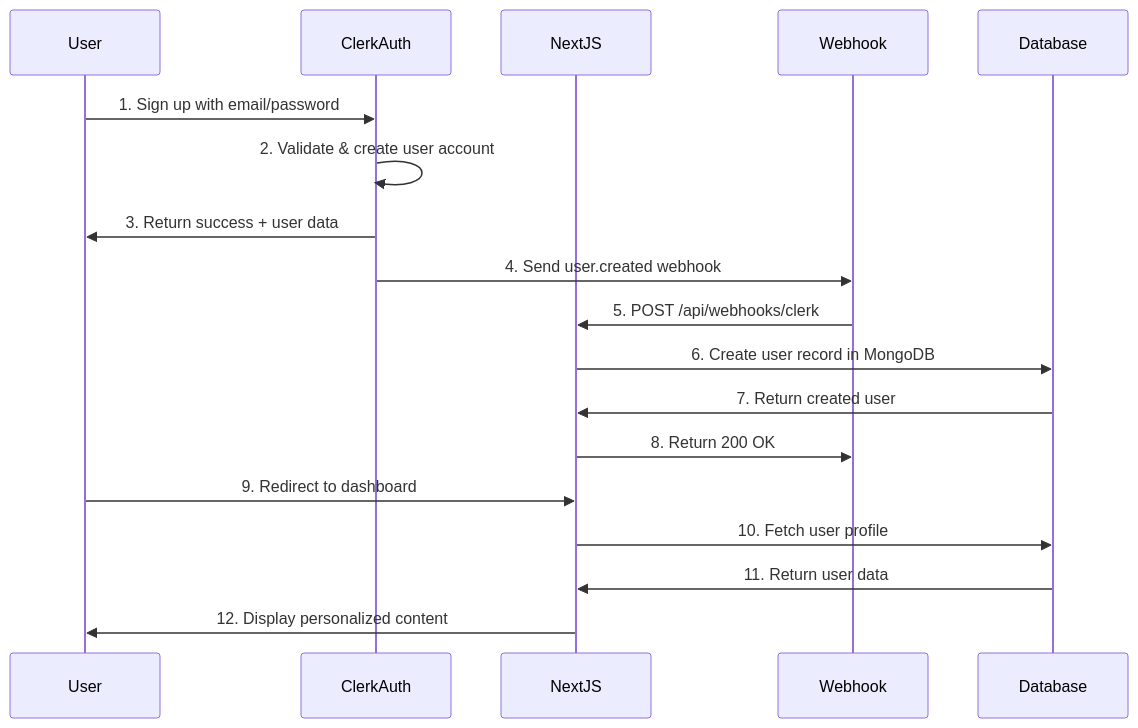
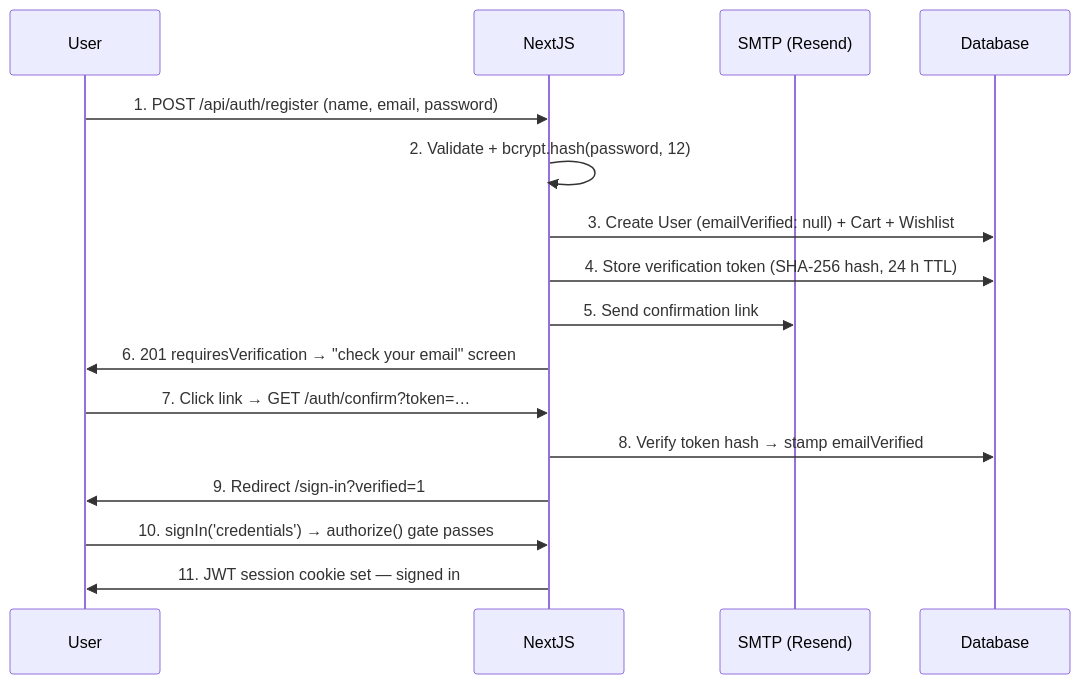
Before and after one commit to AkshayChavhan/saakie_byknk: the diagram in ARCHITECTURE.md, drawn with Mermaid. The commit also changed other lines of this file and 23 other files, not shown here.

Commit message:
RESEND added for email verification

````diff
--- a/ARCHITECTURE.md
+++ b/ARCHITECTURE.md
@@ -41,21 +41,19 @@
 ```mermaid
 sequenceDiagram
     participant User
-    participant ClerkAuth
     participant NextJS
-    participant Webhook
+    participant Email as SMTP (Resend)
     participant Database
-    
-    User->>ClerkAuth: 1. Sign up with email/password
-    ClerkAuth->>ClerkAuth: 2. Validate & create user account
-    ClerkAuth->>User: 3. Return success + user data
-    ClerkAuth->>Webhook: 4. Send user.created webhook
-    Webhook->>NextJS: 5. POST /api/webhooks/clerk
-    NextJS->>Database: 6. Create user record in MongoDB
-    Database->>NextJS: 7. Return created user
-    NextJS->>Webhook: 8. Return 200 OK
-    User->>NextJS: 9. Redirect to dashboard
-    NextJS->>Database: 10. Fetch user profile
-    Database->>NextJS: 11. Return user data
-    NextJS->>User: 12. Display personalized content
+
+    User->>NextJS: 1. POST /api/auth/register (name, email, password)
+    NextJS->>NextJS: 2. Validate + bcrypt.hash(password, 12)
+    NextJS->>Database: 3. Create User (emailVerified: null) + Cart + Wishlist
+    NextJS->>Database: 4. Store verification token (SHA-256 hash, 24 h TTL)
+    NextJS->>Email: 5. Send confirmation link
+    NextJS->>User: 6. 201 requiresVerification → "check your email" screen
+    User->>NextJS: 7. Click link → GET /auth/confirm?token=…
+    NextJS->>Database: 8. Verify token hash → stamp emailVerified
+    NextJS->>User: 9. Redirect /sign-in?verified=1
+    User->>NextJS: 10. signIn('credentials') → authorize() gate passes
+    NextJS->>User: 11. JWT session cookie set — signed in
 ```
````
